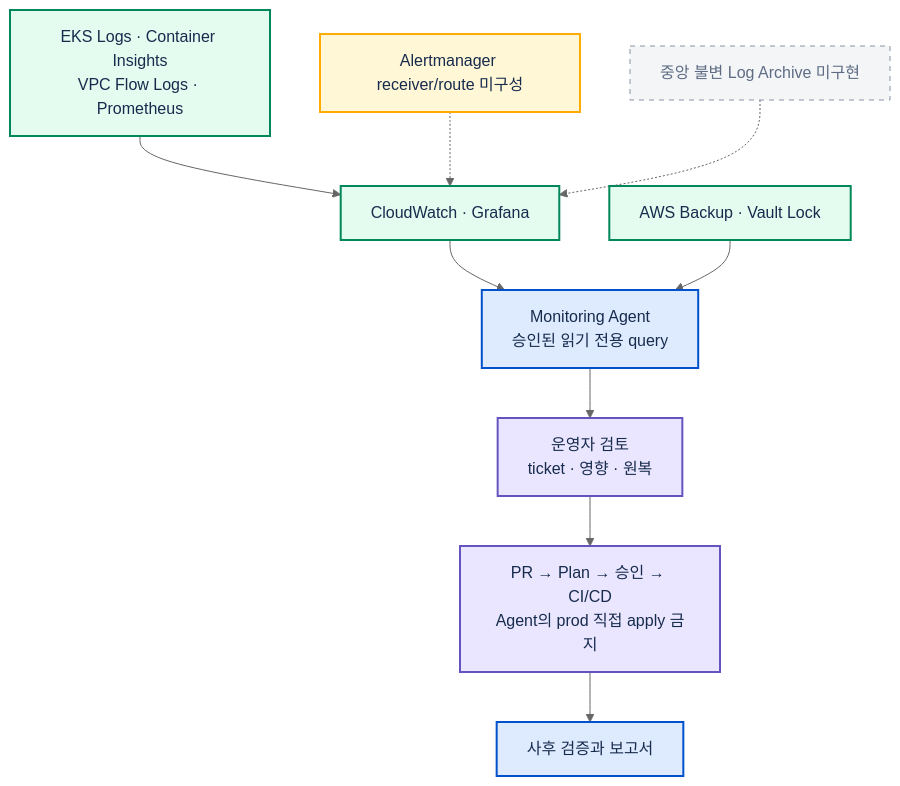
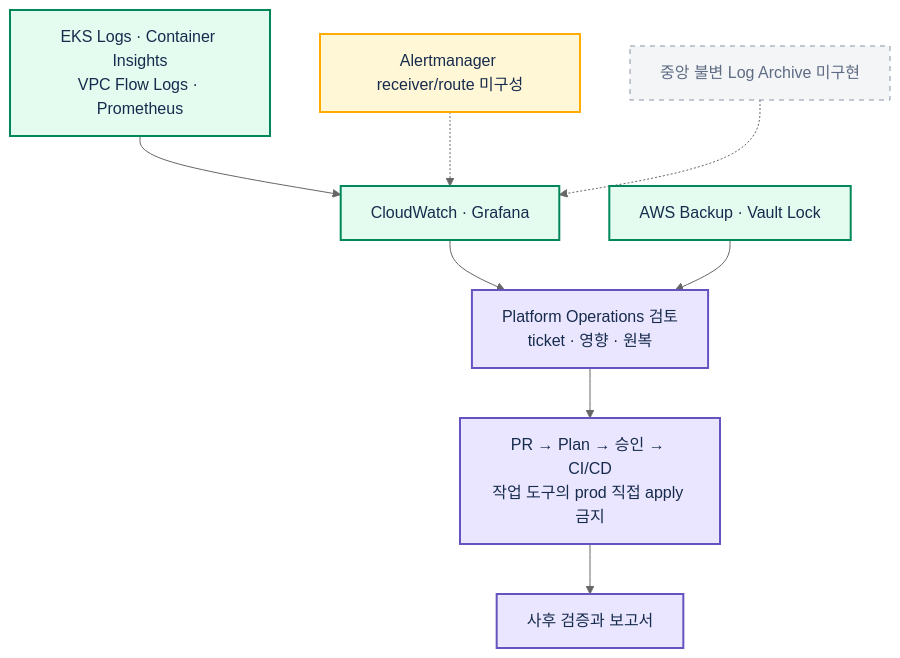
The fourth of 7 diagrams in terraform/diagrams/aws-infrastructure-diagram.md (magikarp0129/cloud-porfolio-1), drawn with Mermaid (neutral theme) before and after one commit. The commit also changed other lines of this file and 138 other files, not shown here.

````diff
--- a/terraform/diagrams/aws-infrastructure-diagram.md
+++ b/terraform/diagrams/aws-infrastructure-diagram.md
@@ -86,16 +86,14 @@
 ```mermaid
 flowchart TB
     SIG["EKS Logs · Container Insights<br/>VPC Flow Logs · Prometheus"]:::ok --> OBS["CloudWatch · Grafana"]:::ok
-    OBS --> AGENT["Monitoring Agent<br/>승인된 읽기 전용 query"]:::agent
-    AGENT --> HUMAN["운영자 검토<br/>ticket · 영향 · 원복"]:::human
-    HUMAN --> CICD["PR → Plan → 승인 → CI/CD<br/>Agent의 prod 직접 apply 금지"]:::human
-    CICD --> VERIFY["사후 검증과 보고서"]:::agent
-    BACKUP["AWS Backup · Vault Lock"]:::ok --> AGENT
+    OBS --> HUMAN["Platform Operations 검토<br/>ticket · 영향 · 원복"]:::human
+    HUMAN --> CICD["PR → Plan → 승인 → CI/CD<br/>작업 도구의 prod 직접 apply 금지"]:::human
+    CICD --> VERIFY["사후 검증과 보고서"]:::human
+    BACKUP["AWS Backup · Vault Lock"]:::ok --> HUMAN
     ALERT["Alertmanager receiver/route 미구성"]:::partial -.-> OBS
     ARCH["중앙 불변 Log Archive 미구현"]:::target -.-> OBS
     classDef ok fill:#E3FCEF,stroke:#00875A,color:#172B4D,stroke-width:2px;
     classDef partial fill:#FFF7D6,stroke:#FFAB00,color:#172B4D,stroke-width:2px;
     classDef target fill:#F4F5F7,stroke:#8993A4,color:#5E6C84,stroke-dasharray:5 5;
-    classDef agent fill:#DEEBFF,stroke:#0052CC,color:#172B4D,stroke-width:2px;
     classDef human fill:#EAE6FF,stroke:#6554C0,color:#172B4D,stroke-width:2px;
 ```
````
